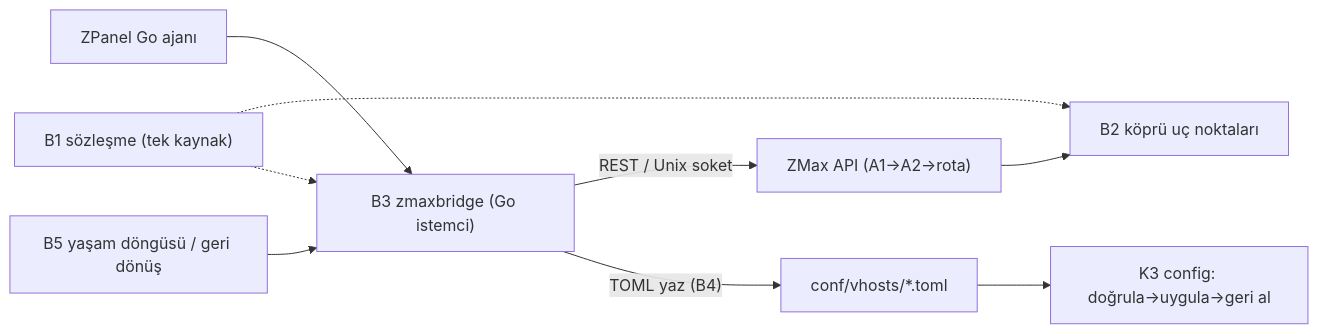
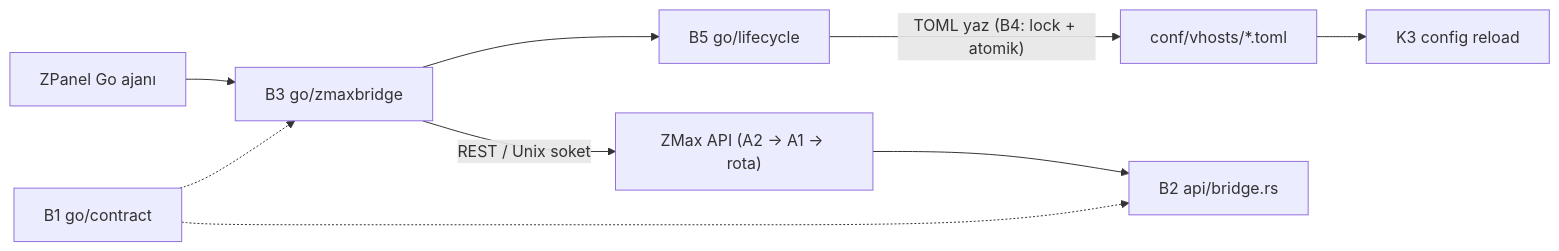
The diagram in docs/mimari/07_RUST_GO_KOPRUSU.md (zmaxserver/zmaxserver), drawn with Mermaid before and after one commit. The commit also changed other lines of this file and 6 other files, not shown here.

````diff
--- a/docs/mimari/07_RUST_GO_KOPRUSU.md
+++ b/docs/mimari/07_RUST_GO_KOPRUSU.md
@@ -13,11 +7,11 @@
 ```mermaid
 flowchart LR
-    GoPanel["ZPanel Go ajanı"] --> B3["B3 zmaxbridge (Go istemci)"]
-    B3 -- "REST / Unix soket" --> A1["ZMax API (A1→A2→rota)"]
-    B3 -- "TOML yaz (B4)" --> TOML["conf/vhosts/*.toml"]
-    TOML --> K3["K3 config: doğrula→uygula→geri al"]
-    A1 --> B2["B2 köprü uç noktaları"]
-    B1["B1 sözleşme (tek kaynak)"] -.-> B2
+    GoPanel["ZPanel Go ajanı"] --> B3["B3 go/zmaxbridge"]
+    B3 -- "REST / Unix soket" --> A1["ZMax API (A2 → A1 → rota)"]
+    B3 --> B5["B5 go/lifecycle"]
+    B5 -- "TOML yaz (B4: lock + atomik)" --> TOML["conf/vhosts/*.toml"]
+    TOML --> K3["K3 config reload"]
+    A1 --> B2["B2 api/bridge.rs"]
+    B1["B1 go/contract"] -.-> B2
     B1 -.-> B3
-    B5["B5 yaşam döngüsü / geri dönüş"] --> B3
 ```
````
